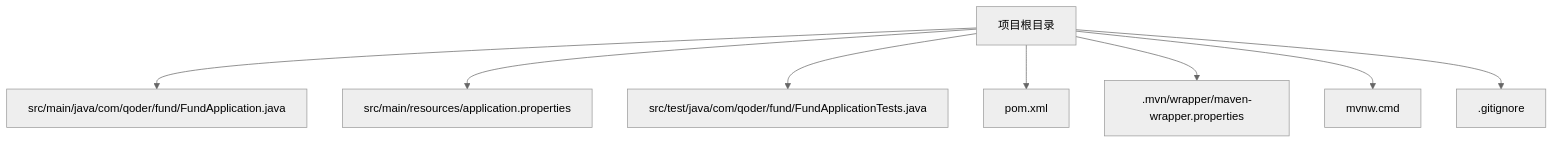
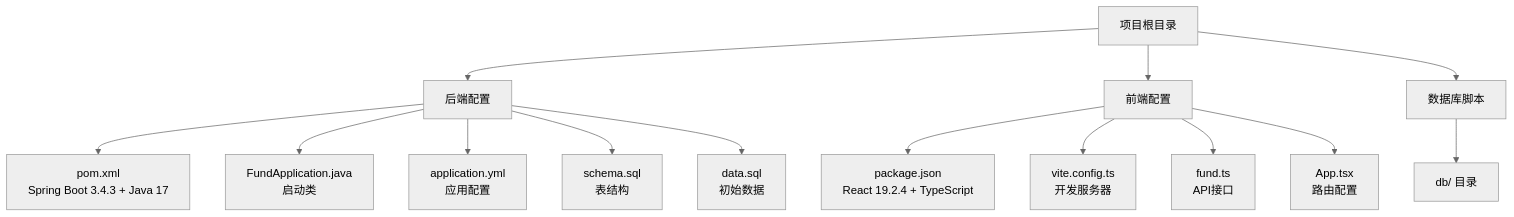
The diagram in .qoder/repowiki/zh/content/快速开始.md (gree-coder/fund-butler), drawn with Mermaid (neutral theme) before and after one commit. The commit also changed other lines of this file and 10 other files, not shown here.

````diff
--- a/.qoder/repowiki/zh/content/快速开始.md
+++ b/.qoder/repowiki/zh/content/快速开始.md
@@ -96,10 +119,16 @@
 ```mermaid
 graph TB
-A["项目根目录"] --> B["src/main/java/com/qoder/fund/FundApplication.java"]
-A --> C["src/main/resources/application.properties"]
-A --> D["src/test/java/com/qoder/fund/FundApplicationTests.java"]
-A --> E["pom.xml"]
-A --> F[".mvn/wrapper/maven-wrapper.properties"]
-A --> G["mvnw.cmd"]
-A --> H[".gitignore"]
+A["项目根目录"] --> B["后端配置"]
+A --> C["前端配置"]
+A --> D["数据库脚本"]
+B --> E["pom.xml<br/>Spring Boot 3.4.3 + Java 17"]
+B --> F["FundApplication.java<br/>启动类"]
+B --> G["application.yml<br/>应用配置"]
+B --> H["schema.sql<br/>表结构"]
+B --> I["data.sql<br/>初始数据"]
+C --> J["package.json<br/>React 19.2.4 + TypeScript"]
+C --> K["vite.config.ts<br/>开发服务器"]
+C --> L["fund.ts<br/>API接口"]
+C --> M["App.tsx<br/>路由配置"]
+D --> N["db/ 目录"]
 ```
````
